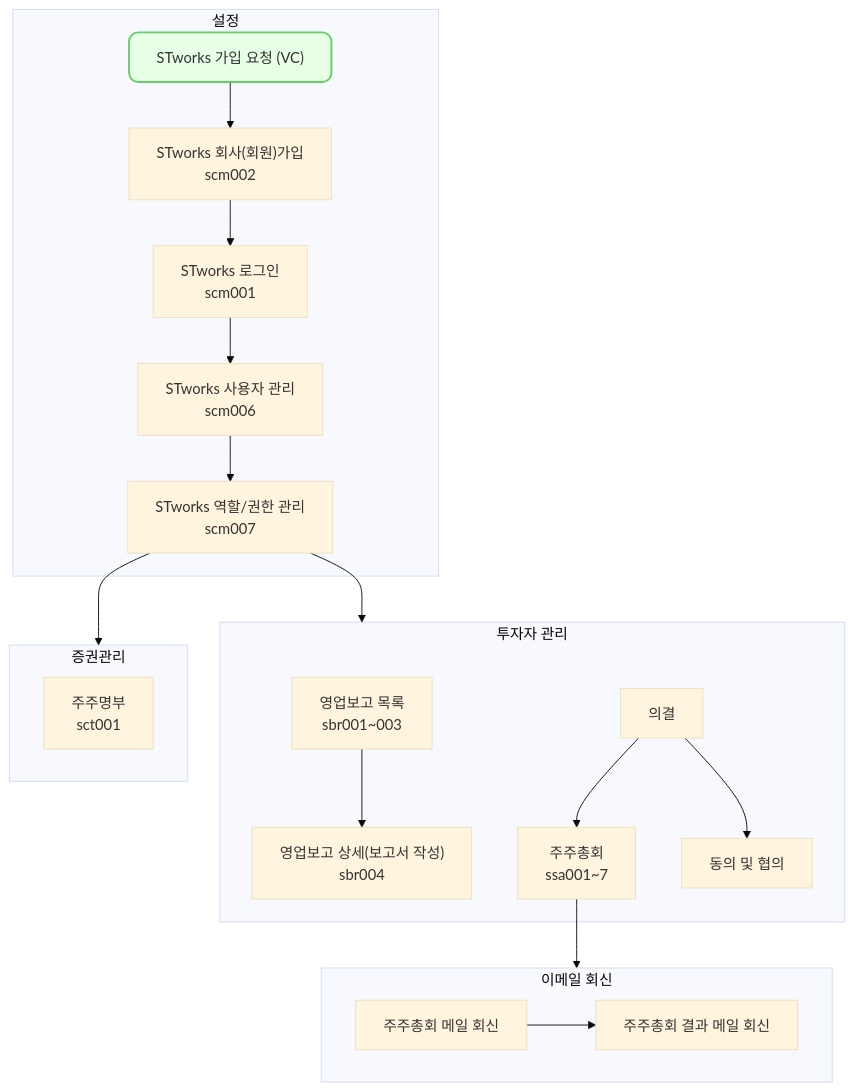
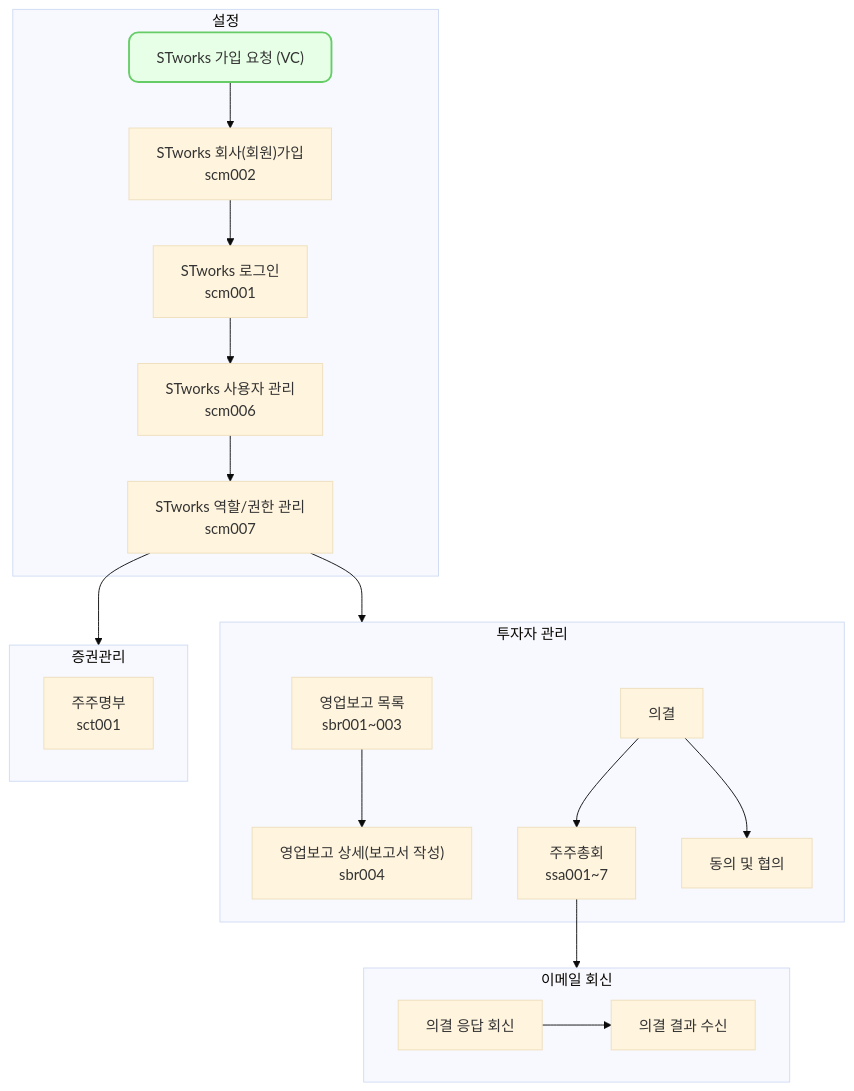
The diagram in _posts/2024-09-01-scm002.md (ddock-ddock/stworks.github.io), drawn with Mermaid (base theme) before and after one commit. The commit also changed 12 other files, not shown here.

````diff
--- a/_posts/2024-09-01-scm002.md
+++ b/_posts/2024-09-01-scm002.md
@@ -36,61 +36,52 @@
 ```mermaid
 flowchart TD
 
 subgraph s1["설정"]
     n1["STworks 가입 요청 (VC)"]
     n2["STworks 회사(회원)가입<br>scm002"]
     n3["STworks 로그인<br>scm001"]
     n4["STworks 사용자 관리<br>scm006"]
     n5["STworks 역할/권한 관리<br>scm007"]
 end
 
-  
-
 subgraph s2["투자자 관리"]
     n6["영업보고 목록<br>sbr001~003"]
     n7["영업보고 상세(보고서 작성)<br>sbr004"]
     n9["의결"]
     n10["주주총회<br>ssa001~7"]
     n11["동의 및 협의"]
 end
 
-  
-
 subgraph s3["증권관리"]
     n8["주주명부<br>sct001"]
 end
-
   
-
 subgraph s4["이메일 회신"]
-    n12["주주총회 메일 회신"]
-    n13["주주총회 결과 메일 회신"]
+    n12["의결 응답 회신"]
+    n13["의결 결과 수신"]
 end
-
 
     n1 --> n2
     n2 --> n3
     n3 --> n4
     n4 --> n5
     n5 --> s2 & s3
     n6 --> n7
     n9 --> n10 & n11
     n10 --> s4
     n12 --> n13
 
-  
-  
-
     style n1 fill:#e6ffe6,stroke:#66cc66,stroke-width:2px,rx:10,ry:10,color:#333333,fontColor:#333333
 
     click n2 "{% post_url 2024-09-01-scm002 %}"
     click n3 "{% post_url 2024-09-02-scm001 %}"
     click n4 "{% post_url 2024-09-03-scm006 %}"
     click n5 "{% post_url 2024-09-04-scm007 %}"
     click n6 "{% post_url 2024-09-05-sbr001 %}"
     click n7 "{% post_url 2024-09-06-sbr004 %}"
     click n8 "{% post_url 2024-09-07-sct001 %}"
     click n10 "{% post_url 2024-09-08-ssa002 %}"
+    click n11 "{% post_url 2024-09-08-ssa008 %}"
     click n12 "{% post_url 2024-09-09-sie002 %}"
     click n13 "{% post_url 2024-09-10-sie003 %}"
 ```
````
